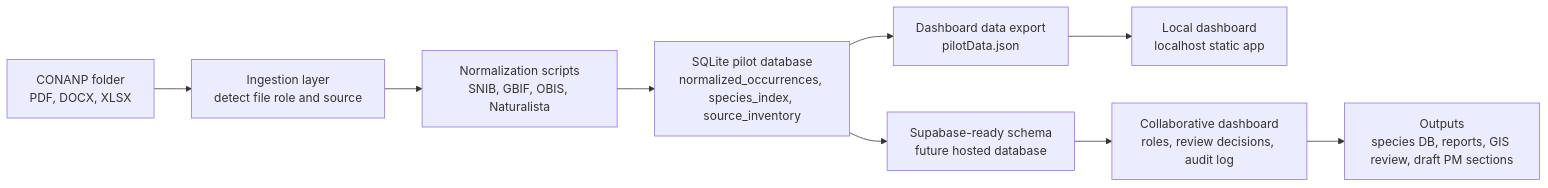
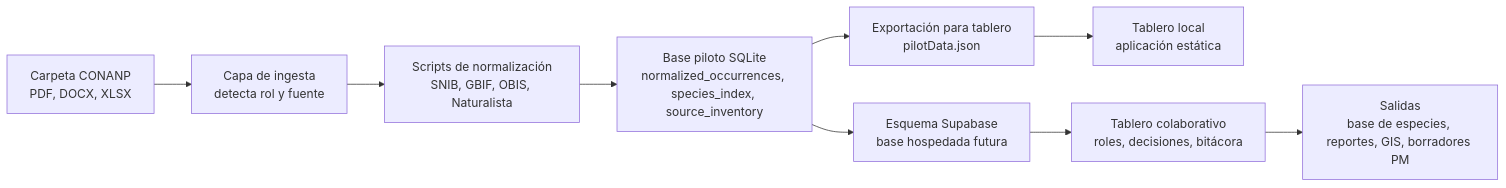
The diagram in docs/CONANP_call_briefing_2026-06-11.md (salasc3/conanp-inteligencia-insumos), drawn with Mermaid before and after one commit. The commit also changed other lines of this file and 1 other file, not shown here.

````diff
--- a/docs/CONANP_call_briefing_2026-06-11.md
+++ b/docs/CONANP_call_briefing_2026-06-11.md
@@ -32,11 +32,11 @@
 ```mermaid
 flowchart LR
-    A["CONANP folder<br/>PDF, DOCX, XLSX"] --> B["Ingestion layer<br/>detect file role and source"]
-    B --> C["Normalization scripts<br/>SNIB, GBIF, OBIS, Naturalista"]
-    C --> D["SQLite pilot database<br/>normalized_occurrences, species_index, source_inventory"]
-    D --> E["Dashboard data export<br/>pilotData.json"]
-    E --> F["Local dashboard<br/>localhost static app"]
-    D --> G["Supabase-ready schema<br/>future hosted database"]
-    G --> H["Collaborative dashboard<br/>roles, review decisions, audit log"]
-    H --> I["Outputs<br/>species DB, reports, GIS review, draft PM sections"]
+    A["Carpeta CONANP<br/>PDF, DOCX, XLSX"] --> B["Capa de ingesta<br/>detecta rol y fuente"]
+    B --> C["Scripts de normalización<br/>SNIB, GBIF, OBIS, Naturalista"]
+    C --> D["Base piloto SQLite<br/>normalized_occurrences, species_index, source_inventory"]
+    D --> E["Exportación para tablero<br/>pilotData.json"]
+    E --> F["Tablero local<br/>aplicación estática"]
+    D --> G["Esquema Supabase<br/>base hospedada futura"]
+    G --> H["Tablero colaborativo<br/>roles, decisiones, bitácora"]
+    H --> I["Salidas<br/>base de especies, reportes, GIS, borradores PM"]
 ```
````
